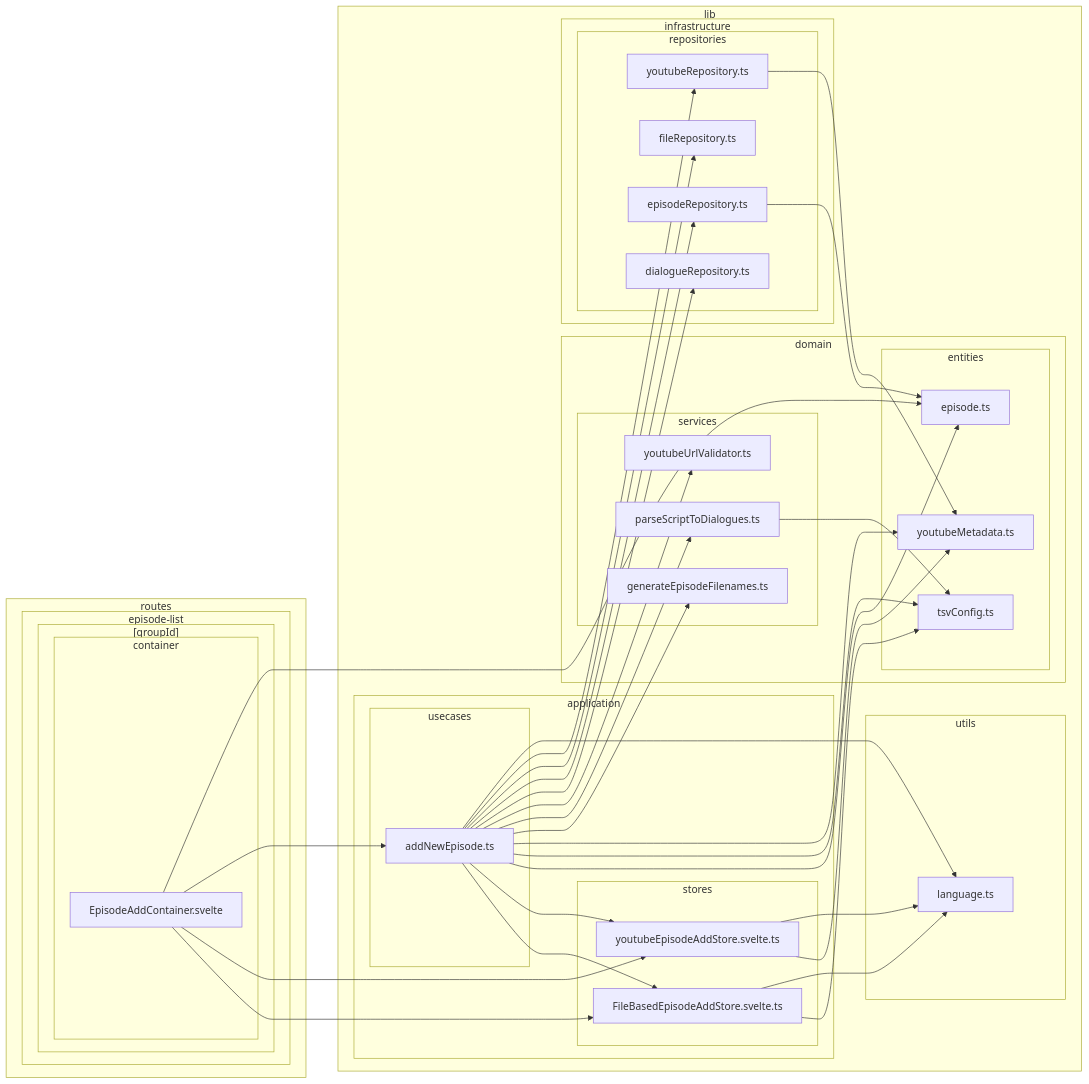
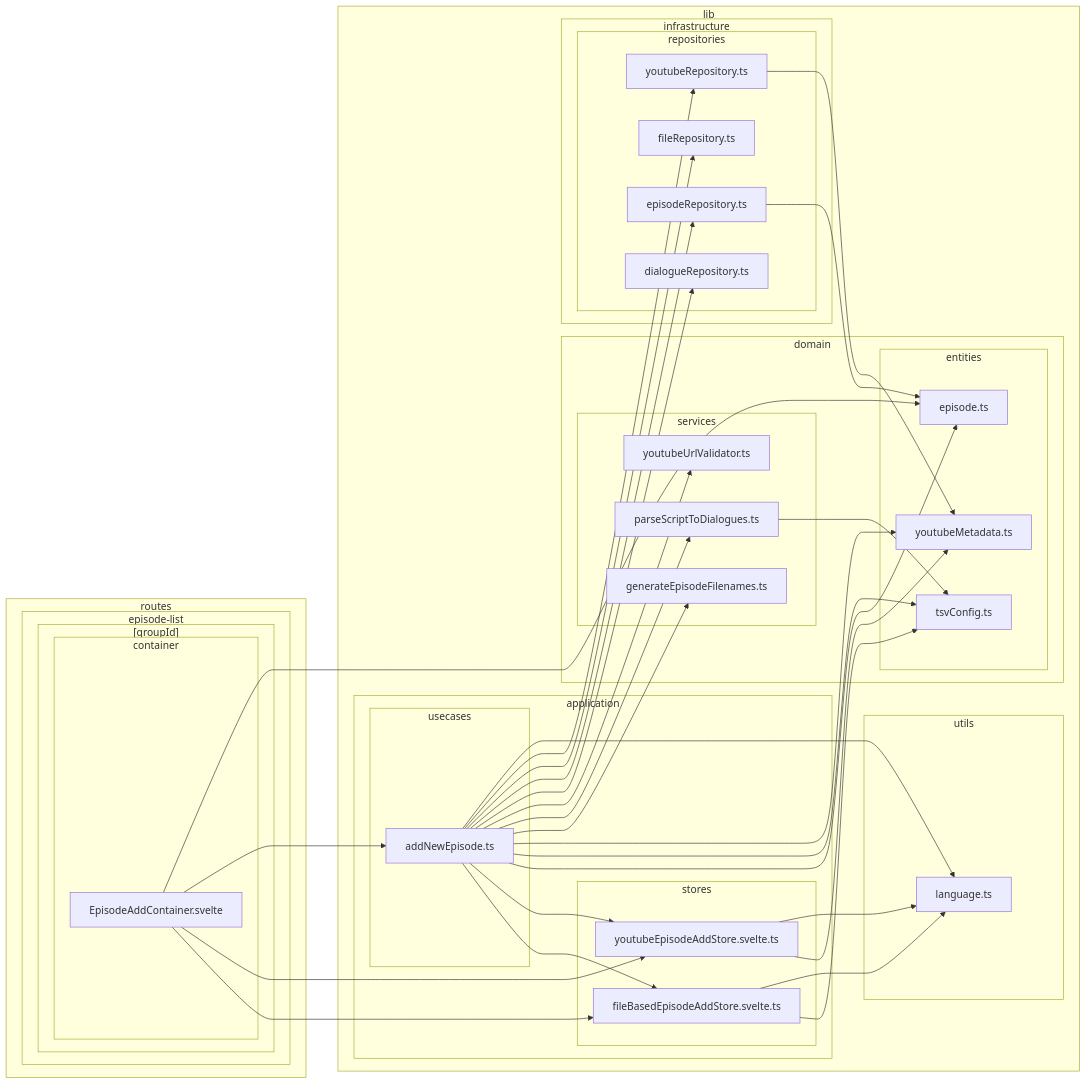
One commit to k5n/kotonoha changed the sixth of 38 diagrams in doc/dependency-graph.md. Above: the diagram before and after it, drawn with Mermaid. The commit also changed other lines of this file and 7 other files, not shown here.

Commit message:
refactor: standardize file naming for FileBasedEpisodeAddStore across the codebase

````diff
--- a/doc/dependency-graph.md
+++ b/doc/dependency-graph.md
@@ -268,70 +268,70 @@
 ```mermaid
 graph LR
         subgraph sg_lib ["lib"]
             subgraph sg_lib_application ["application"]
                 subgraph sg_lib_application_stores ["stores"]
-                    src_lib_application_stores_FileBasedEpisodeAddStore_svelte_ts["FileBasedEpisodeAddStore.svelte.ts"]
+                    src_lib_application_stores_fileBasedEpisodeAddStore_svelte_ts["fileBasedEpisodeAddStore.svelte.ts"]
                     src_lib_application_stores_youtubeEpisodeAddStore_svelte_ts["youtubeEpisodeAddStore.svelte.ts"]
                 end
                 subgraph sg_lib_application_usecases ["usecases"]
                     src_lib_application_usecases_addNewEpisode_ts["addNewEpisode.ts"]
                 end
             end
             subgraph sg_lib_domain ["domain"]
                 subgraph sg_lib_domain_entities ["entities"]
                     src_lib_domain_entities_episode_ts["episode.ts"]
                     src_lib_domain_entities_tsvConfig_ts["tsvConfig.ts"]
                     src_lib_domain_entities_youtubeMetadata_ts["youtubeMetadata.ts"]
                 end
                 subgraph sg_lib_domain_services ["services"]
                     src_lib_domain_services_generateEpisodeFilenames_ts["generateEpisodeFilenames.ts"]
                     src_lib_domain_services_parseScriptToDialogues_ts["parseScriptToDialogues.ts"]
                     src_lib_domain_services_youtubeUrlValidator_ts["youtubeUrlValidator.ts"]
                 end
             end
             subgraph sg_lib_infrastructure ["infrastructure"]
                 subgraph sg_lib_infrastructure_repositories ["repositories"]
                     src_lib_infrastructure_repositories_dialogueRepository_ts["dialogueRepository.ts"]
                     src_lib_infrastructure_repositories_episodeRepository_ts["episodeRepository.ts"]
                     src_lib_infrastructure_repositories_fileRepository_ts["fileRepository.ts"]
                     src_lib_infrastructure_repositories_youtubeRepository_ts["youtubeRepository.ts"]
                 end
             end
             subgraph sg_lib_utils ["utils"]
                 src_lib_utils_language_ts["language.ts"]
             end
         end
         subgraph sg_routes ["routes"]
             subgraph sg_routes_episode_list ["episode-list"]
                 subgraph sg_routes_episode_list__groupId_ ["[groupId]"]
                     subgraph sg_routes_episode_list__groupId__container ["container"]
                         src_routes_episode_list__groupId__container_EpisodeAddContainer_svelte["EpisodeAddContainer.svelte"]
                     end
                 end
             end
         end
-    src_lib_application_usecases_addNewEpisode_ts --> src_lib_application_stores_FileBasedEpisodeAddStore_svelte_ts
+    src_lib_application_usecases_addNewEpisode_ts --> src_lib_application_stores_fileBasedEpisodeAddStore_svelte_ts
     src_lib_application_usecases_addNewEpisode_ts --> src_lib_application_stores_youtubeEpisodeAddStore_svelte_ts
     src_lib_application_usecases_addNewEpisode_ts --> src_lib_domain_entities_episode_ts
     src_lib_application_usecases_addNewEpisode_ts --> src_lib_domain_entities_tsvConfig_ts
     src_lib_application_usecases_addNewEpisode_ts --> src_lib_domain_entities_youtubeMetadata_ts
     src_lib_application_usecases_addNewEpisode_ts --> src_lib_domain_services_generateEpisodeFilenames_ts
     src_lib_application_usecases_addNewEpisode_ts --> src_lib_domain_services_parseScriptToDialogues_ts
     src_lib_application_usecases_addNewEpisode_ts --> src_lib_domain_services_youtubeUrlValidator_ts
     src_lib_application_usecases_addNewEpisode_ts --> src_lib_infrastructure_repositories_dialogueRepository_ts
     src_lib_application_usecases_addNewEpisode_ts --> src_lib_infrastructure_repositories_episodeRepository_ts
     src_lib_application_usecases_addNewEpisode_ts --> src_lib_infrastructure_repositories_fileRepository_ts
     src_lib_application_usecases_addNewEpisode_ts --> src_lib_infrastructure_repositories_youtubeRepository_ts
     src_lib_application_usecases_addNewEpisode_ts --> src_lib_utils_language_ts
-    src_lib_application_stores_FileBasedEpisodeAddStore_svelte_ts --> src_lib_domain_entities_tsvConfig_ts
-    src_lib_application_stores_FileBasedEpisodeAddStore_svelte_ts --> src_lib_utils_language_ts
+    src_lib_application_stores_fileBasedEpisodeAddStore_svelte_ts --> src_lib_domain_entities_tsvConfig_ts
+    src_lib_application_stores_fileBasedEpisodeAddStore_svelte_ts --> src_lib_utils_language_ts
     src_lib_application_stores_youtubeEpisodeAddStore_svelte_ts --> src_lib_domain_entities_youtubeMetadata_ts
     src_lib_application_stores_youtubeEpisodeAddStore_svelte_ts --> src_lib_utils_language_ts
     src_lib_domain_services_parseScriptToDialogues_ts --> src_lib_domain_entities_tsvConfig_ts
     src_lib_infrastructure_repositories_episodeRepository_ts --> src_lib_domain_entities_episode_ts
     src_lib_infrastructure_repositories_youtubeRepository_ts --> src_lib_domain_entities_youtubeMetadata_ts
-    src_routes_episode_list__groupId__container_EpisodeAddContainer_svelte --> src_lib_application_stores_FileBasedEpisodeAddStore_svelte_ts
+    src_routes_episode_list__groupId__container_EpisodeAddContainer_svelte --> src_lib_application_stores_fileBasedEpisodeAddStore_svelte_ts
     src_routes_episode_list__groupId__container_EpisodeAddContainer_svelte --> src_lib_application_stores_youtubeEpisodeAddStore_svelte_ts
     src_routes_episode_list__groupId__container_EpisodeAddContainer_svelte --> src_lib_application_usecases_addNewEpisode_ts
     src_routes_episode_list__groupId__container_EpisodeAddContainer_svelte --> src_lib_domain_entities_episode_ts
 ```
````
